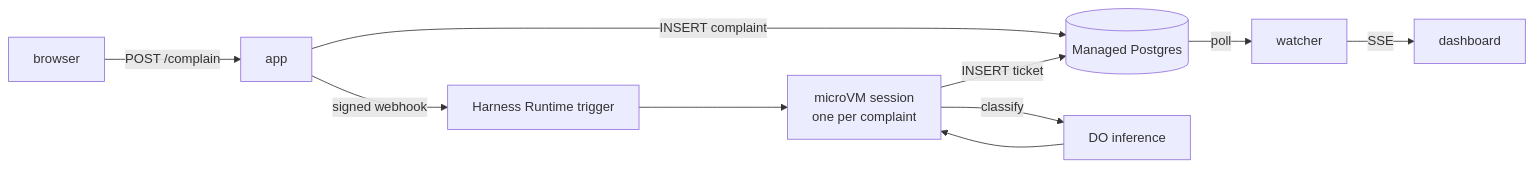
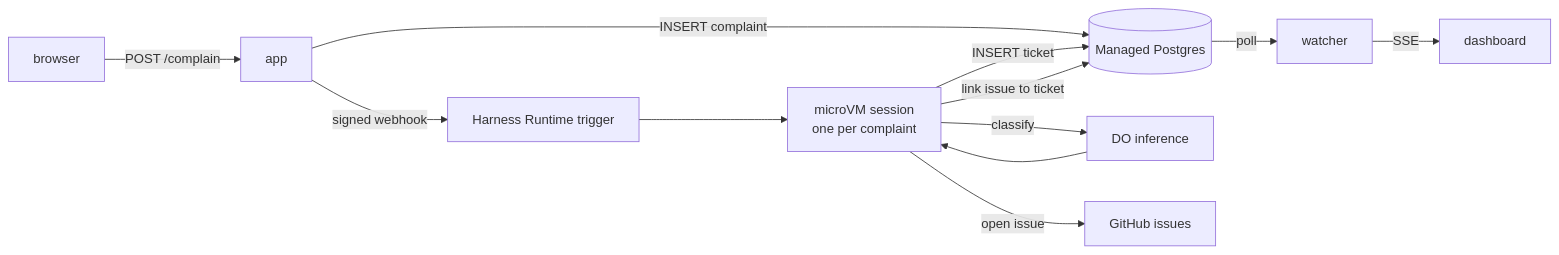
One commit to hgonzalez-do/facility_issue_demo changed the diagram in docs/ARCHITECTURE.md. Above: the diagram before and after it, drawn with Mermaid. The commit also changed other lines of this file and 12 other files, not shown here.

First line of the commit message:
Open a GitHub issue per ticket

````diff
--- a/docs/ARCHITECTURE.md
+++ b/docs/ARCHITECTURE.md
@@ -7,11 +7,13 @@
 ```mermaid
 flowchart LR
     B[browser] -->|POST /complain| A[app]
     A -->|INSERT complaint| PG[(Managed Postgres)]
     A -->|signed webhook| T[Harness Runtime trigger]
     T --> V[microVM session<br/>one per complaint]
     V -->|classify| I[DO inference]
     I --> V
     V -->|INSERT ticket| PG
+    V -->|open issue| GH[GitHub issues]
+    V -->|link issue to ticket| PG
     PG -->|poll| W[watcher] -->|SSE| D[dashboard]
 ```
````
